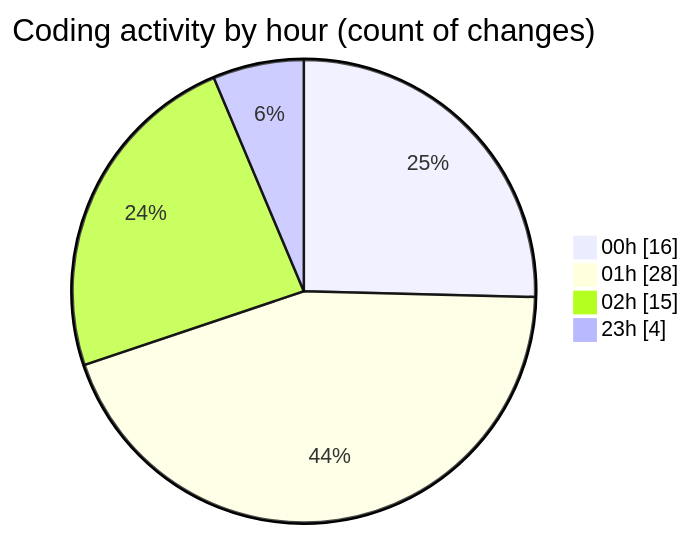
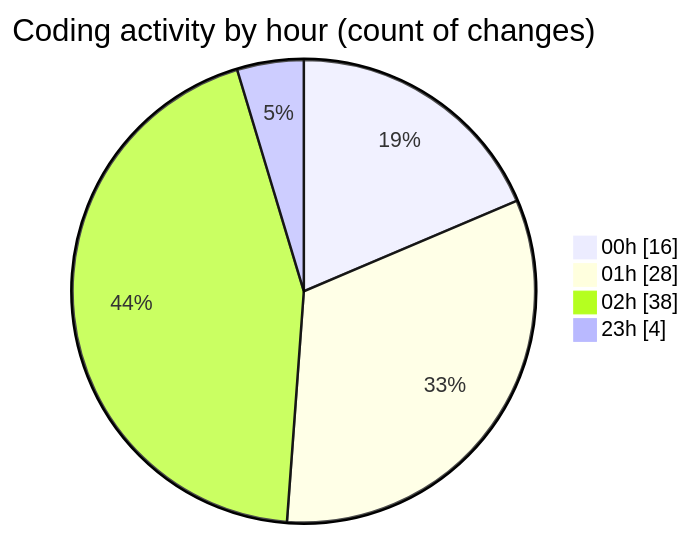
The second of 2 diagrams in 2025-11-23/eventscop-frontend-guide__workspace_/README.md (julien-gomy/code-tracking), drawn with Mermaid before and after one commit. The commit also changed other lines of this file and 1 other file, not shown here.

````diff
--- a/2025-11-23/eventscop-frontend-guide__workspace_/README.md
+++ b/2025-11-23/eventscop-frontend-guide__workspace_/README.md
@@ -55,8 +57,8 @@
 ```mermaid
 pie showData
 title Coding activity by hour (count of changes)
 "00h" : 16
 "01h" : 28
-"02h" : 15
+"02h" : 38
 "23h" : 4
 ```
````
